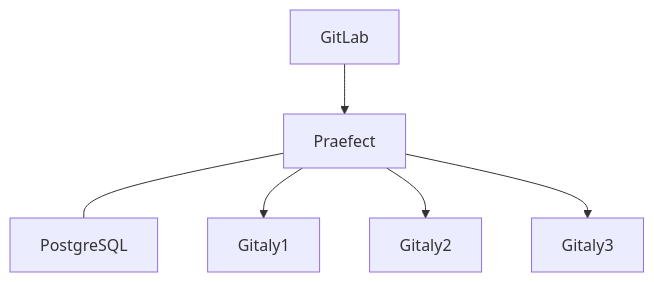
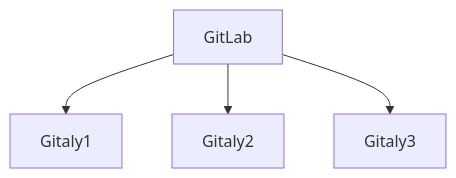
The diagram in doc/administration/gitaly/praefect.md (mehulagg/gitlab_test), drawn with Mermaid before and after one commit. The commit also changed other lines of this file, not shown here.

````diff
--- a/doc/administration/gitaly/praefect.md
+++ b/doc/administration/gitaly/praefect.md
@@ -25,8 +25,6 @@
 ```mermaid
 graph TB
-  GitLab --> Praefect;
-  Praefect --- PostgreSQL;
-  Praefect --> Gitaly1;
-  Praefect --> Gitaly2;
-  Praefect --> Gitaly3;
+  GitLab --> Gitaly1;
+  GitLab --> Gitaly2;
+  GitLab --> Gitaly3;
 ```
````
